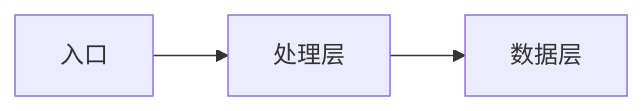
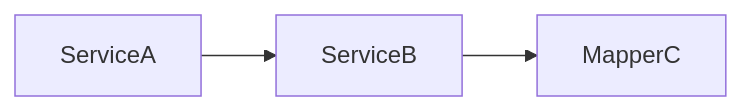
Before and after one commit to chanjarster/skills: the second of 2 diagrams in skills/pin/references/templates/code-map.md, drawn with Mermaid. The commit also changed other lines of this file and 1 other file, not shown here.

````diff
--- a/skills/pin/references/templates/code-map.md
+++ b/skills/pin/references/templates/code-map.md
@@ -33,5 +33,5 @@
 ```mermaid
 graph LR
-    A[入口] --> B[处理层]
-    B --> C[数据层]
+    A[ServiceA] --> B[ServiceB]
+    B --> C[MapperC]
 ```
````
